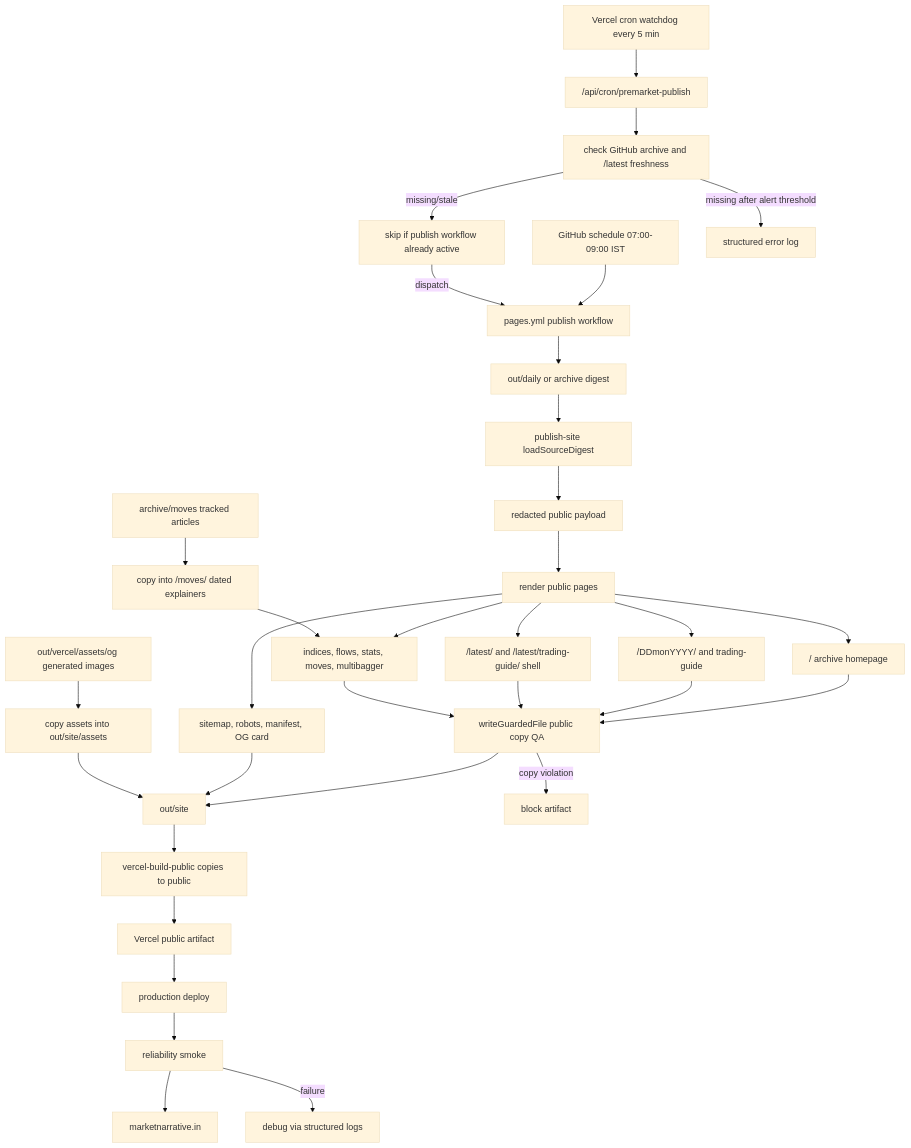
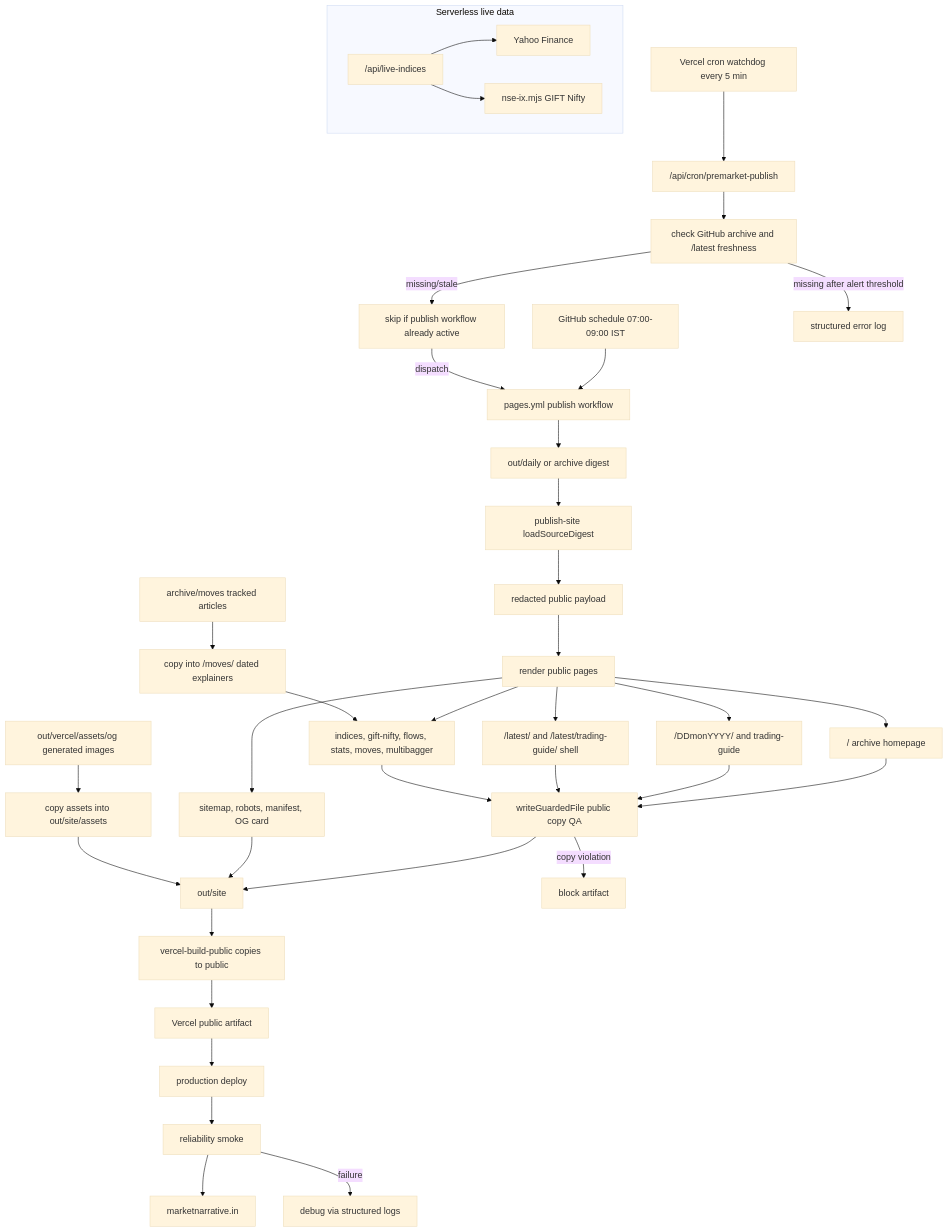
One commit to Abheydeep/marketNews changed the diagram in context/architecture-diagrams/04-static-publish-deploy.mmd. Above: the diagram before and after it, drawn with Mermaid (base theme). The commit also changed 11 other files, not shown here.

First line of the commit message:
feat: indices redesign + GIFT Nifty page + live data API

```diff
--- a/context/architecture-diagrams/04-static-publish-deploy.mmd
+++ b/context/architecture-diagrams/04-static-publish-deploy.mmd
@@ -1,36 +1,42 @@
 flowchart TD
   GitHubSchedule["GitHub schedule 07:00-09:00 IST"] --> PagesWorkflow["pages.yml publish workflow"]
   VercelCron["Vercel cron watchdog every 5 min"] --> CronApi["/api/cron/premarket-publish"]
   CronApi --> ArchiveCheck["check GitHub archive and /latest freshness"]
   ArchiveCheck -->|missing/stale| ActiveRunCheck["skip if publish workflow already active"]
   ActiveRunCheck -->|dispatch| PagesWorkflow
   ArchiveCheck -->|missing after alert threshold| HardAlert["structured error log"]
   PagesWorkflow --> Digest
 
   Digest["out/daily or archive digest"] --> Load["publish-site loadSourceDigest"]
   RuntimeAssets["out/vercel/assets/og generated images"] --> AssetCopy["copy assets into out/site/assets"]
   Load --> Redact["redacted public payload"]
   Redact --> Pages["render public pages"]
   Pages --> Home["/ archive homepage"]
   Pages --> Dated["/DDmonYYYY/ and trading-guide"]
   Pages --> Latest["/latest/ and /latest/trading-guide/ shell"]
-  Pages --> Hubs["indices, flows, stats, moves, multibagger"]
+  Pages --> Hubs["indices, gift-nifty, flows, stats, moves, multibagger"]
   Pages --> SEO["sitemap, robots, manifest, OG card"]
   MovesArchive["archive/moves tracked articles"] --> MovesCopy["copy into /moves/ dated explainers"]
   MovesCopy --> Hubs
+
+  subgraph LiveAPI["Serverless live data"]
+    LiveIndices["/api/live-indices"]
+    LiveIndices --> YahooLive["Yahoo Finance"]
+    LiveIndices --> NseIxLive["nse-ix.mjs GIFT Nifty"]
+  end
 
   Home --> Guard["writeGuardedFile public copy QA"]
   Dated --> Guard
   Latest --> Guard
   Hubs --> Guard
   Guard --> OutSite["out/site"]
   SEO --> OutSite
   AssetCopy --> OutSite
   OutSite --> VercelBuild["vercel-build-public copies to public"]
   VercelBuild --> Artifact["Vercel public artifact"]
   Artifact --> Deploy["production deploy"]
   Deploy --> Smoke["reliability smoke"]
   Smoke --> Live["marketnarrative.in"]
 
   Guard -->|copy violation| Block["block artifact"]
   Smoke -->|failure| Incident["debug via structured logs"]
```
